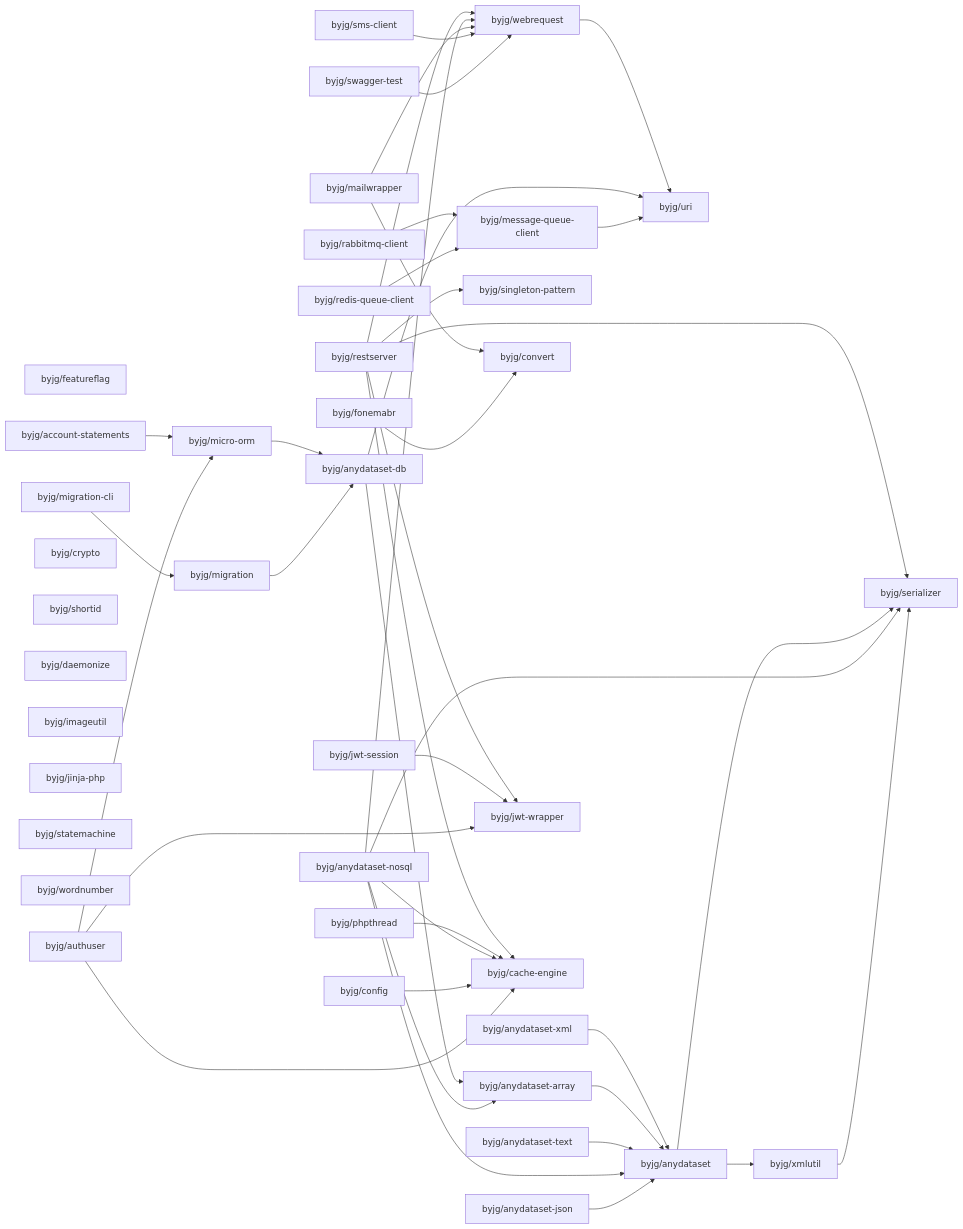
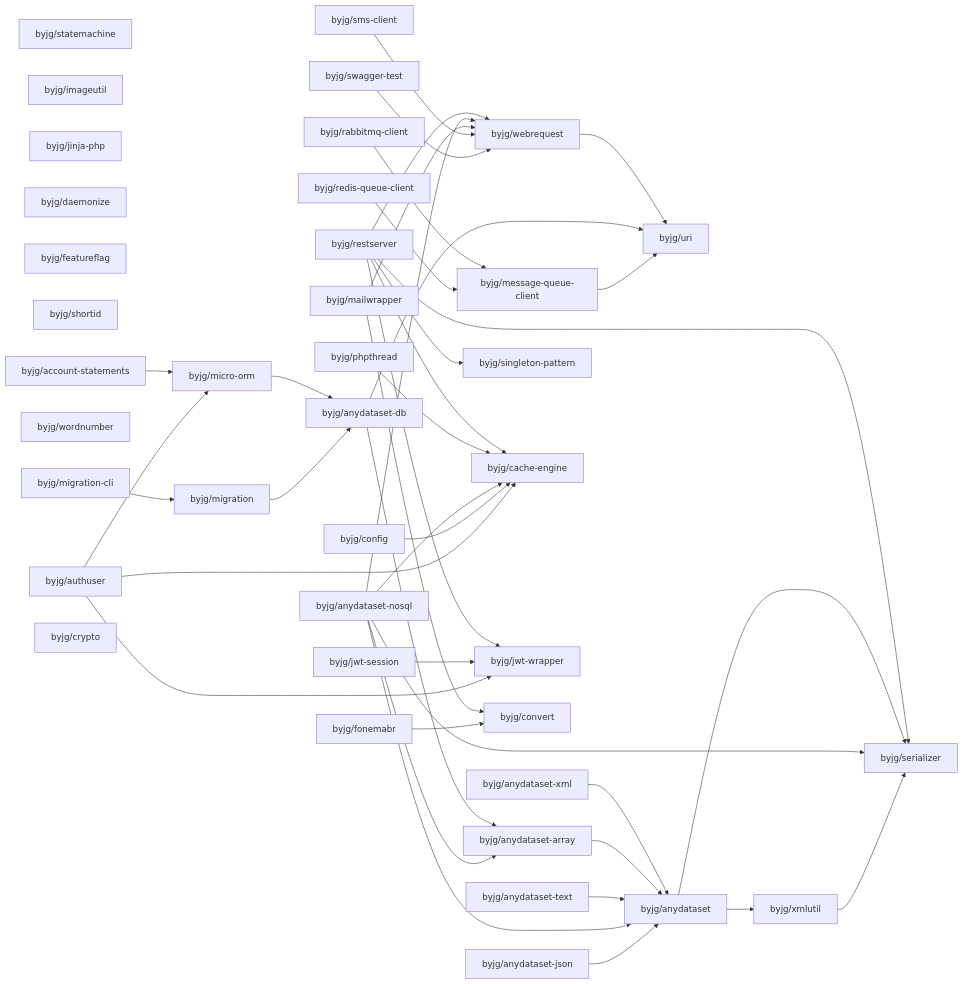
One commit to byjg/byjg.github.io changed the diagram in docs/php/README.md. Above: the diagram before and after it, drawn with Mermaid. The commit also changed other lines of this file, not shown here.

Commit message:
Update documentation 'php' 'php-migration'

````diff
--- a/docs/php/README.md
+++ b/docs/php/README.md
@@ -3,80 +3,80 @@
 ```mermaid
 graph LR;
+  byjg/anydataset-json;
+  byjg/statemachine;
+  byjg/anydataset-text;
+  byjg/imageutil;
+  byjg/rabbitmq-client;
+  byjg/jinja-php;
+  byjg/swagger-test;
+  byjg/daemonize;
+  byjg/anydataset-xml;
+  byjg/redis-queue-client;
+  byjg/anydataset-nosql;
   byjg/featureflag;
-  byjg/account-statements;
-  byjg/migration-cli;
-  byjg/anydataset-nosql;
   byjg/phpthread;
   byjg/restserver;
+  byjg/shortid;
+  byjg/config;
   byjg/jwt-session;
+  byjg/authuser;
+  byjg/wordnumber;
+  byjg/migration-cli;
+  byjg/fonemabr;
+  byjg/mailwrapper;
+  byjg/account-statements;
+  byjg/sms-client;
   byjg/crypto;
-  byjg/fonemabr;
-  byjg/anydataset-text;
-  byjg/anydataset-xml;
-  byjg/shortid;
-  byjg/daemonize;
-  byjg/imageutil;
-  byjg/redis-queue-client;
-  byjg/sms-client;
-  byjg/jinja-php;
-  byjg/swagger-test;
-  byjg/statemachine;
-  byjg/rabbitmq-client;
-  byjg/wordnumber;
-  byjg/mailwrapper;
-  byjg/authuser;
-  byjg/anydataset-json;
-  byjg/config;
+  byjg/message-queue-client;
+  byjg/singleton-pattern;
+  byjg/cache-engine;
+  byjg/jwt-wrapper;
   byjg/migration;
-  byjg/singleton-pattern;
-  byjg/message-queue-client;
   byjg/convert;
+  byjg/micro-orm;
   byjg/webrequest;
-  byjg/micro-orm;
-  byjg/jwt-wrapper;
-  byjg/cache-engine;
   byjg/anydataset-db;
   byjg/anydataset-array;
   byjg/uri;
   byjg/anydataset;
   byjg/xmlutil;
   byjg/serializer;
   byjg/migration --> byjg/anydataset-db;
   byjg/fonemabr --> byjg/convert;
   byjg/swagger-test --> byjg/webrequest;
   byjg/authuser --> byjg/micro-orm;
   byjg/authuser --> byjg/cache-engine;
   byjg/authuser --> byjg/jwt-wrapper;
   byjg/config --> byjg/cache-engine;
   byjg/message-queue-client --> byjg/uri;
   byjg/sms-client --> byjg/webrequest;
   byjg/xmlutil --> byjg/serializer;
   byjg/anydataset-json --> byjg/anydataset;
   byjg/mailwrapper --> byjg/convert;
   byjg/mailwrapper --> byjg/webrequest;
   byjg/anydataset-nosql --> byjg/anydataset;
   byjg/anydataset-nosql --> byjg/anydataset-array;
   byjg/anydataset-nosql --> byjg/serializer;
   byjg/anydataset-nosql --> byjg/webrequest;
   byjg/anydataset-nosql --> byjg/cache-engine;
   byjg/migration-cli --> byjg/migration;
   byjg/redis-queue-client --> byjg/message-queue-client;
   byjg/jwt-session --> byjg/jwt-wrapper;
   byjg/anydataset --> byjg/serializer;
   byjg/anydataset --> byjg/xmlutil;
   byjg/anydataset-db --> byjg/anydataset-array;
   byjg/anydataset-db --> byjg/uri;
   byjg/phpthread --> byjg/cache-engine;
   byjg/anydataset-text --> byjg/anydataset;
   byjg/restserver --> byjg/serializer;
   byjg/restserver --> byjg/singleton-pattern;
   byjg/restserver --> byjg/cache-engine;
   byjg/restserver --> byjg/webrequest;
   byjg/restserver --> byjg/jwt-wrapper;
   byjg/account-statements --> byjg/micro-orm;
   byjg/webrequest --> byjg/uri;
   byjg/micro-orm --> byjg/anydataset-db;
   byjg/anydataset-array --> byjg/anydataset;
   byjg/anydataset-xml --> byjg/anydataset;
   byjg/rabbitmq-client --> byjg/message-queue-client;
 ```
````
